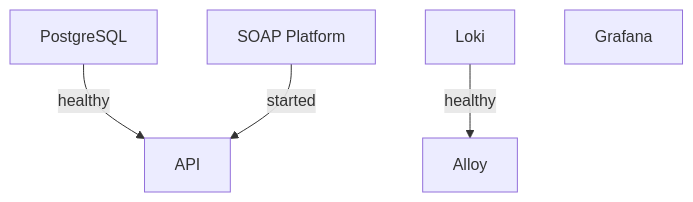
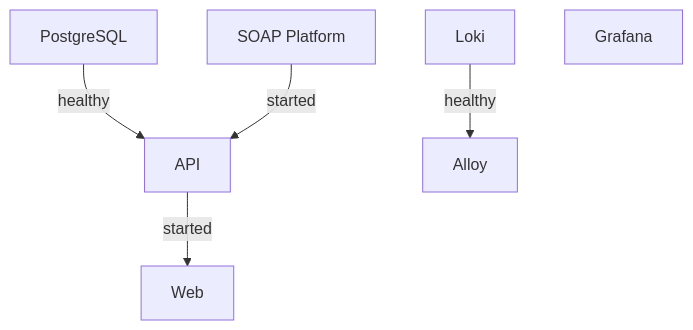
One commit to meowpow-png/wifi-admin changed the third of 3 diagrams in docs/DEPLOYMENT.md. Above: the diagram before and after it, drawn with Mermaid. The commit also changed other lines of this file, not shown here.

````diff
--- a/docs/DEPLOYMENT.md
+++ b/docs/DEPLOYMENT.md
@@ -117,18 +178,21 @@
 ```mermaid
 flowchart TD
     POSTGRES["PostgreSQL"]
 
     PLATFORM["SOAP Platform"]
+
+    WIFI_ADMIN_WEB["Web"]
 
     WIFI_ADMIN_API["API"]
 
     LOKI["Loki"]
 
     ALLOY["Alloy"]
 
     GRAFANA["Grafana"]
 
+    WIFI_ADMIN_API -->|started| WIFI_ADMIN_WEB
     POSTGRES -->|healthy| WIFI_ADMIN_API
     PLATFORM -->|started| WIFI_ADMIN_API
     LOKI -->|healthy| ALLOY
 ```
````
